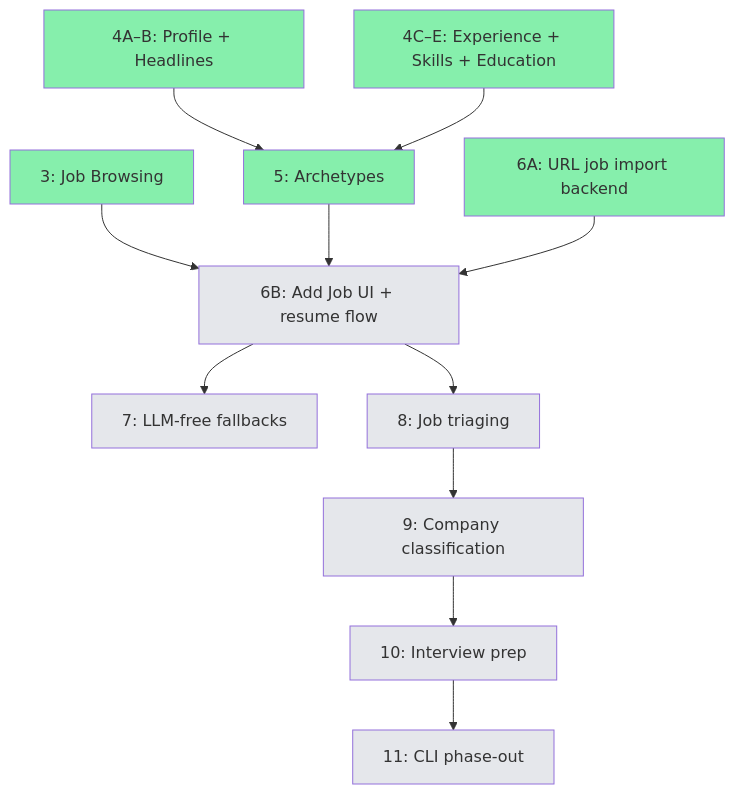
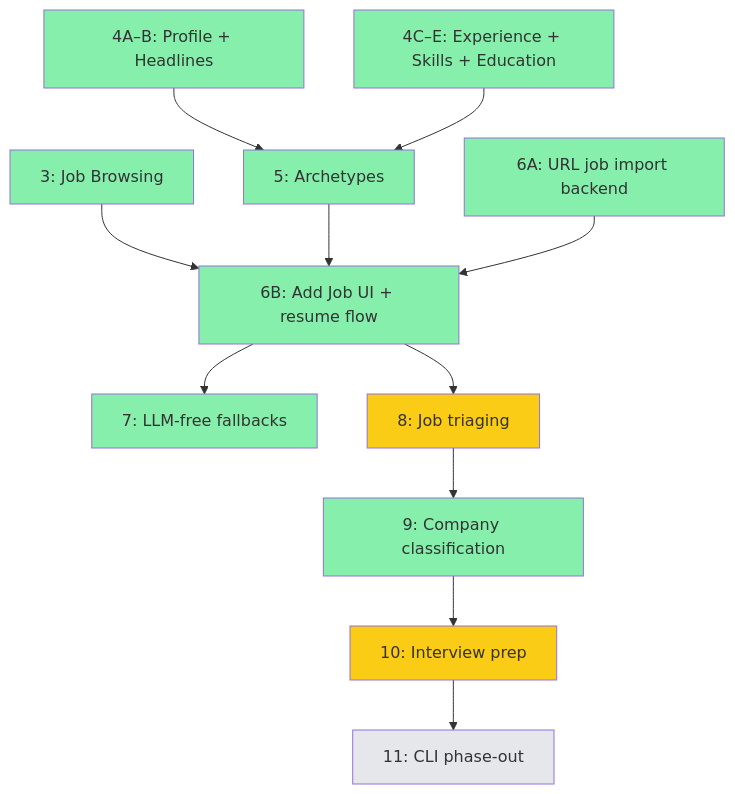
One commit to bluebird-labs/TailoredIn changed the diagram in GOALS.md. Above: the diagram before and after it, drawn with Mermaid.

Commit message:
docs: update GOALS graph — M7/M9 green, M8/M10 in progress

````diff
--- a/GOALS.md
+++ b/GOALS.md
@@ -74,25 +74,25 @@
 ```mermaid
 graph TD
     M3["3: Job Browsing"] --> M6B["6B: Add Job UI + resume flow"]
     M4AB["4A–B: Profile + Headlines"] --> M5["5: Archetypes"]
     M4CDE["4C–E: Experience + Skills + Education"] --> M5
     M5 --> M6B
     M6A["6A: URL job import backend"] --> M6B
     M6B --> M7["7: LLM-free fallbacks"]
     M6B --> M8["8: Job triaging"]
     M8 --> M9["9: Company classification"]
     M9 --> M10["10: Interview prep"]
     M10 --> M11["11: CLI phase-out"]
 
     style M3 fill:#86efac
     style M4AB fill:#86efac
     style M4CDE fill:#86efac
     style M5 fill:#86efac
     style M6A fill:#86efac
-    style M6B fill:#e5e7eb
-    style M7 fill:#e5e7eb
-    style M8 fill:#e5e7eb
-    style M9 fill:#e5e7eb
-    style M10 fill:#e5e7eb
+    style M6B fill:#86efac
+    style M7 fill:#86efac
+    style M8 fill:#facc15
+    style M9 fill:#86efac
+    style M10 fill:#facc15
     style M11 fill:#e5e7eb
 ```
````
